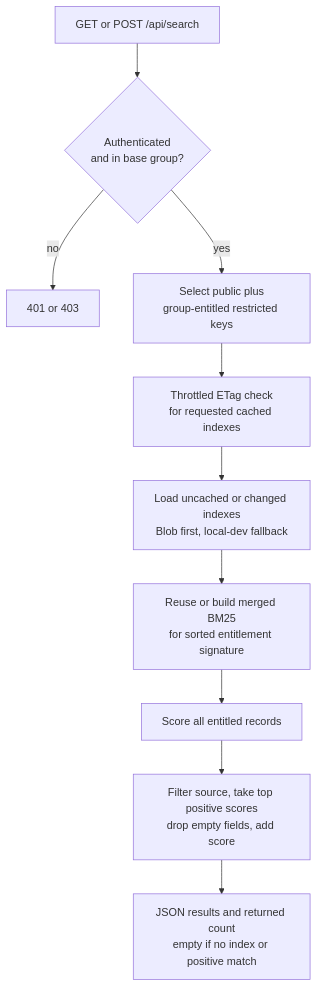
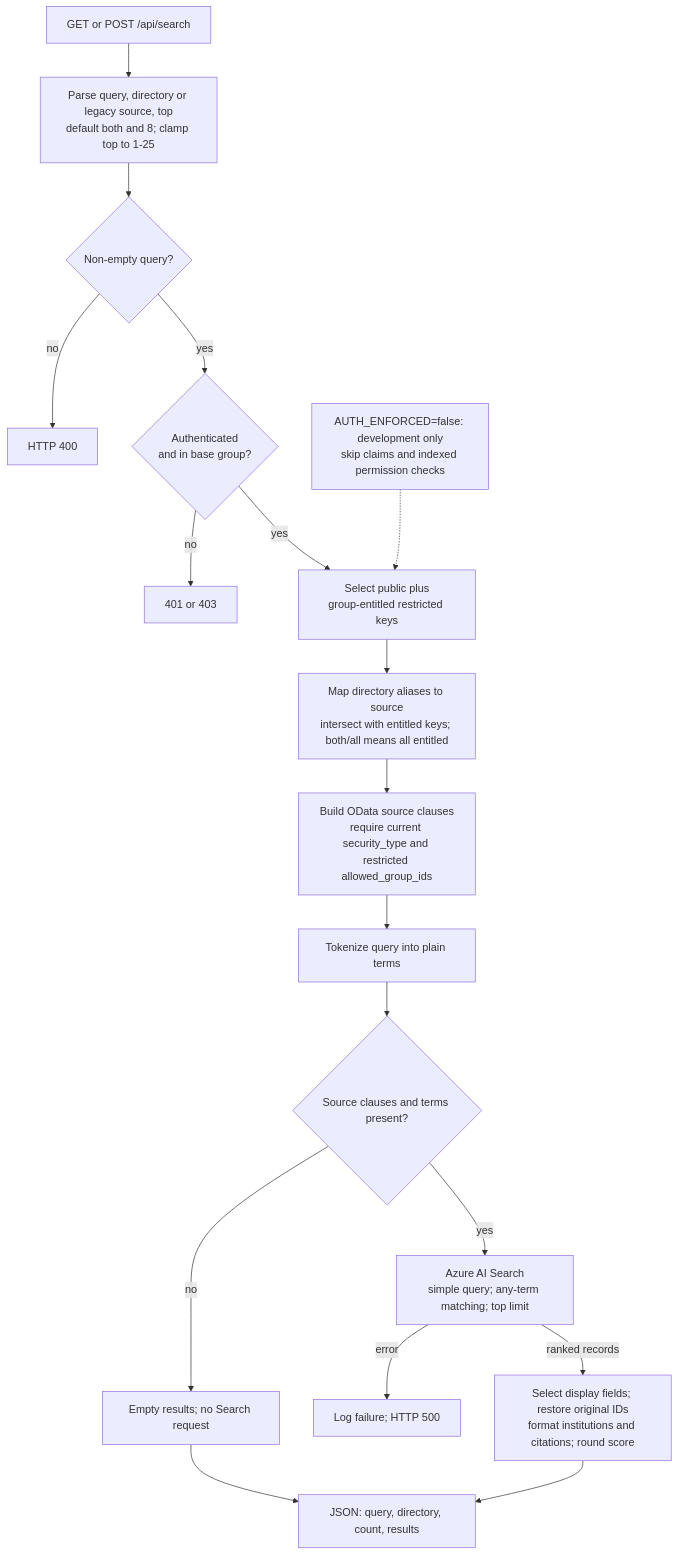
Before and after one commit to SteveCInVA/AllofUs-Agent: the diagram in docs/diagrams/3-search-flow.mmd, drawn with Mermaid. The commit also changed 15 other files, not shown here.

Commit message:
fixes to diagrams

```diff
--- a/docs/diagrams/3-search-flow.mmd
+++ b/docs/diagrams/3-search-flow.mmd
@@ -1,10 +1,18 @@
 flowchart TB
-    Q["GET or POST /api/search"] --> AUTH{"Authenticated<br/>and in base group?"}
+    Q["GET or POST /api/search"] --> INPUT["Parse query, directory or legacy source, top<br/>default both and 8; clamp top to 1-25"]
+    INPUT --> VALID{"Non-empty query?"}
+    VALID -- "no" --> BAD["HTTP 400"]
+    VALID -- "yes" --> AUTH{"Authenticated<br/>and in base group?"}
     AUTH -- "no" --> DENY["401 or 403"]
     AUTH -- "yes" --> KEYS["Select public plus<br/>group-entitled restricted keys"]
-    KEYS --> CHECK["Throttled ETag check<br/>for requested cached indexes"]
-    CHECK --> LOAD["Load uncached or changed indexes<br/>Blob first, local-dev fallback"]
-    LOAD --> MERGE["Reuse or build merged BM25<br/>for sorted entitlement signature"]
-    MERGE --> SCORE["Score all entitled records"]
-    SCORE --> FILTER["Filter source, take top positive scores<br/>drop empty fields, add score"]
-    FILTER --> OUT["JSON results and returned count<br/>empty if no index or positive match"]
+    KEYS --> SELECT["Map directory aliases to source<br/>intersect with entitled keys; both/all means all entitled"]
+    SELECT --> FILTER["Build OData source clauses<br/>require current security_type and restricted allowed_group_ids"]
+    FILTER --> TEXT["Tokenize query into plain terms"]
+    TEXT --> READY{"Source clauses and terms present?"}
+    READY -- "no" --> EMPTY["Empty results; no Search request"]
+    READY -- "yes" --> SCORE["Azure AI Search<br/>simple query; any-term matching; top limit"]
+    SCORE -- "error" --> ERR["Log failure; HTTP 500"]
+    SCORE -- "ranked records" --> MAP["Select display fields; restore original IDs<br/>format institutions and citations; round score"]
+    EMPTY --> OUT["JSON: query, directory, count, results"]
+    MAP --> OUT
+    DEV["AUTH_ENFORCED=false: development only<br/>skip claims and indexed permission checks"] -.-> KEYS
```
